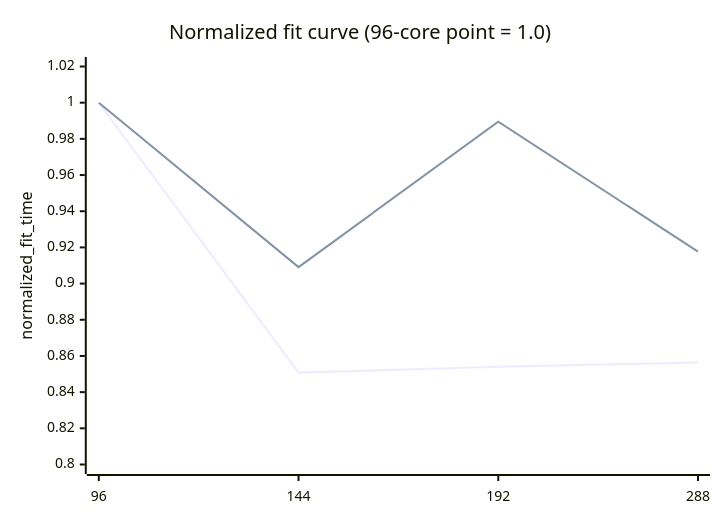
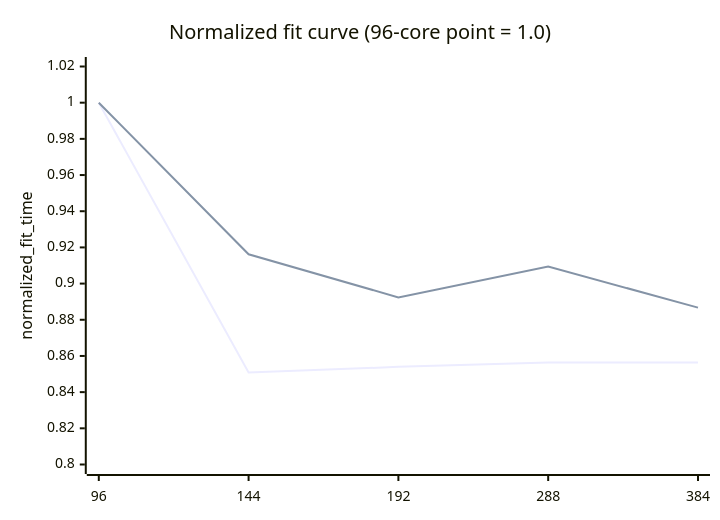
The third of 4 diagrams in docs/compare-yi-cwf-vs-hpcserver-scaling.md (bobjiang82/deepforest-cwf), drawn with Mermaid before and after one commit. The commit also changed other lines of this file and 7 other files, not shown here.

````diff
--- a/docs/compare-yi-cwf-vs-hpcserver-scaling.md
+++ b/docs/compare-yi-cwf-vs-hpcserver-scaling.md
@@ -93,8 +96,8 @@
 ```mermaid
 xychart-beta
     title "Normalized fit curve (96-core point = 1.0)"
-    x-axis [96, 144, 192, 288]
+    x-axis [96, 144, 192, 288, 384]
     y-axis "normalized_fit_time" 0.80 --> 1.02
-    line [1.000000, 0.850801, 0.853964, 0.856376]
-    line [1.000000, 0.909108, 0.989511, 0.917682]
+    line [1.000000, 0.850801, 0.853964, 0.856376, 0.856376]
+    line [1.000000, 0.916193, 0.892387, 0.909458, 0.886696]
 ```
````
